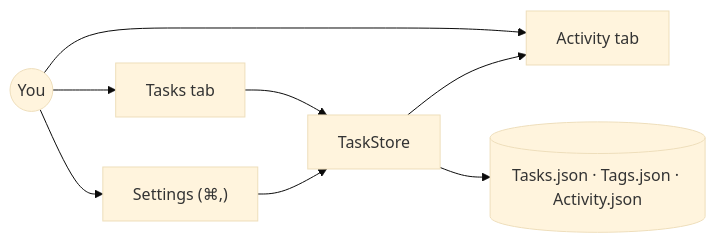
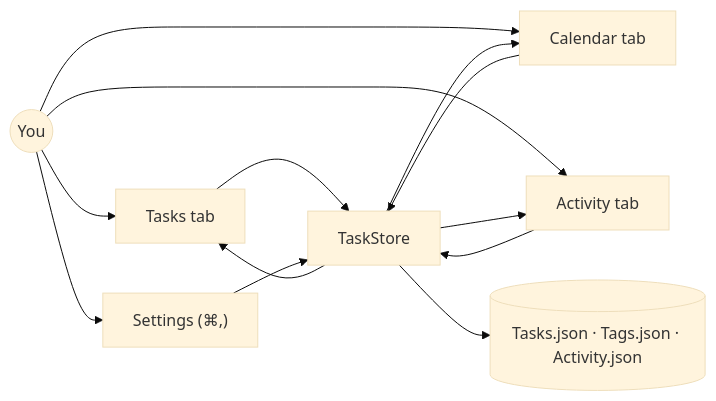
One commit to amalmehta/SuperSimpleTodo changed the diagram in README.md. Above: the diagram before and after it, drawn with Mermaid (base theme). The commit also changed other lines of this file and 17 other files, not shown here.

Commit message:
Friendlier look, deadlines and a Calendar tab

````diff
--- a/README.md
+++ b/README.md
@@ -23,7 +24,7 @@
 ```mermaid
 flowchart LR
-    You((You)) --> Tasks[Tasks tab] & Activity[Activity tab] & Settings["Settings (⌘,)"]
-    Tasks & Settings --> Store[TaskStore]
-    Store --> Activity
+    You((You)) --> Tasks[Tasks tab] & Calendar[Calendar tab] & Activity[Activity tab] & Settings["Settings (⌘,)"]
+    Tasks & Calendar & Activity & Settings --> Store[TaskStore]
+    Store --> Tasks & Calendar & Activity
     Store --> Files[("Tasks.json · Tags.json · Activity.json")]
 ```
````
